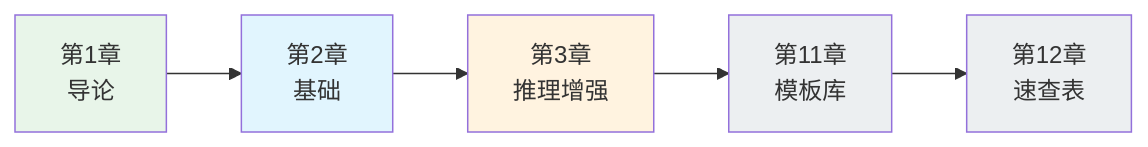
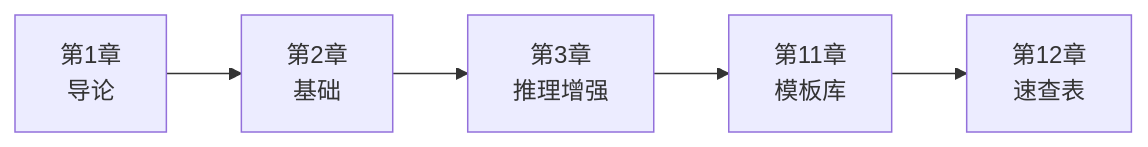
One commit to yuexiaoliang/prompt-engineering-learning changed the fifth of 7 diagrams in 01-introduction-zh.md. Above: the diagram before and after it, drawn with Mermaid. The commit also changed other lines of this file and 9 other files, not shown here.

First line of the commit message:
fix(prompt-engineering): remove hardcoded mermaid fill styles for theme auto-adaptation

````diff
--- a/01-introduction-zh.md
+++ b/01-introduction-zh.md
@@ -453,13 +432,7 @@
 ```mermaid
 flowchart LR
     A[第1章<br/>导论] --> B[第2章<br/>基础]
     B --> C[第3章<br/>推理增强]
     C --> D[第11章<br/>模板库]
     D --> E[第12章<br/>速查表]
-
-    style A fill:#e8f5e9
-    style B fill:#e1f5fe
-    style C fill:#fff3e0
-    style D fill:#eceff1
-    style E fill:#eceff1
 ```
````
